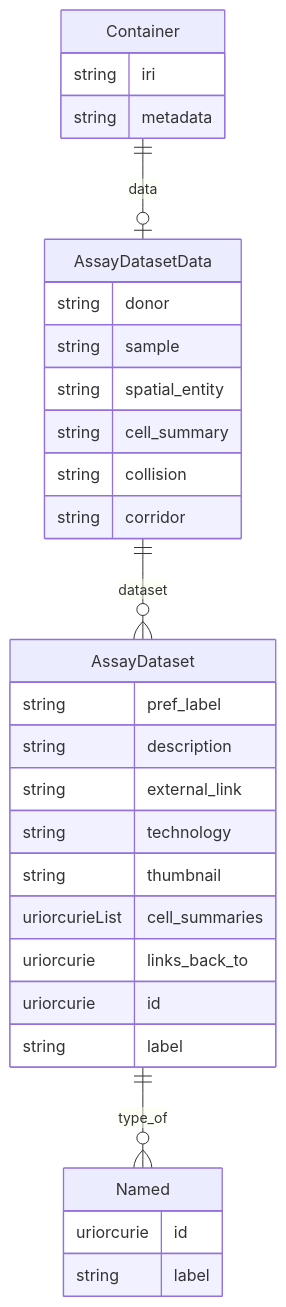
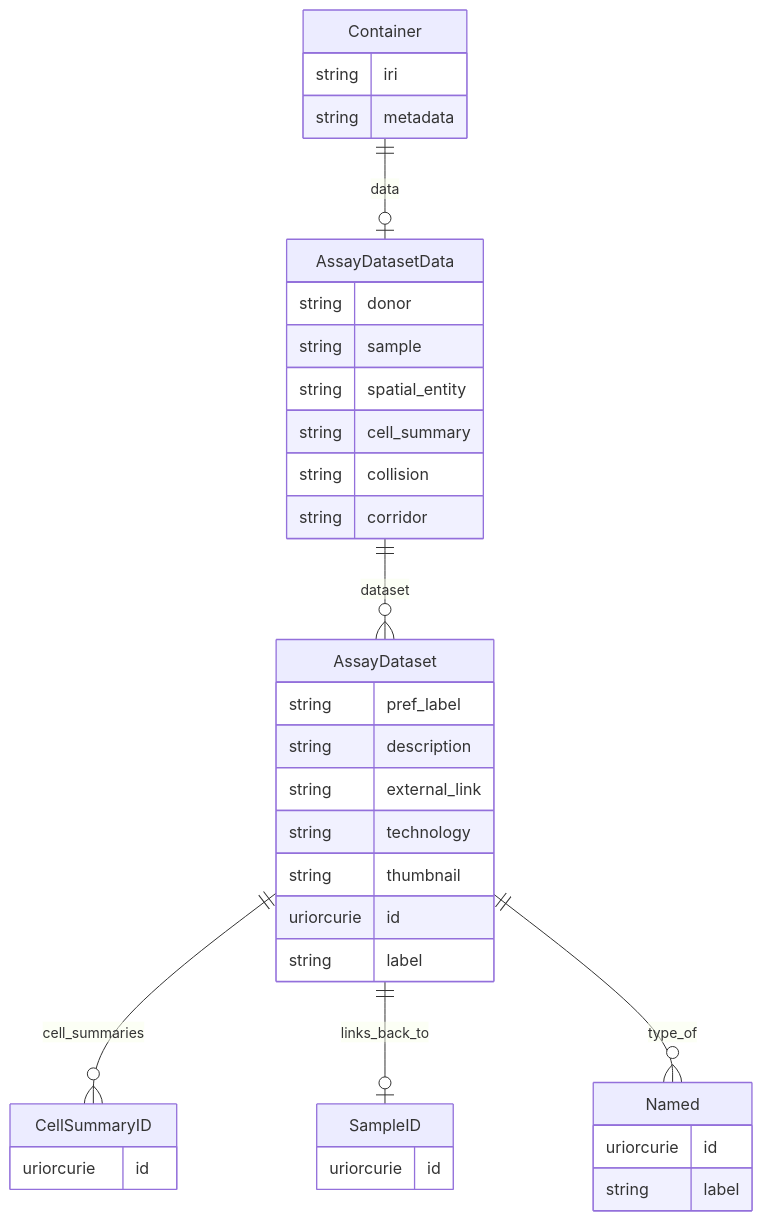
The eighth of 18 diagrams in er-diagrams.md (hubmapconsortium/hra-do-processor), drawn with Mermaid before and after one commit. The commit also changed other lines of this file and 12 other files, not shown here.

````diff
--- a/er-diagrams.md
+++ b/er-diagrams.md
@@ -395,35 +407,41 @@
 ```mermaid
 erDiagram
 Container {
     string iri  
     string metadata  
 }
 AssayDatasetData {
     string donor  
     string sample  
     string spatial_entity  
     string cell_summary  
     string collision  
     string corridor  
 }
 AssayDataset {
     string pref_label  
     string description  
     string external_link  
     string technology  
     string thumbnail  
-    uriorcurieList cell_summaries  
-    uriorcurie links_back_to  
     uriorcurie id  
     string label  
 }
 Named {
     uriorcurie id  
     string label  
 }
+SampleID {
+    uriorcurie id  
+}
+CellSummaryID {
+    uriorcurie id  
+}
 
 Container ||--|o AssayDatasetData : "data"
 AssayDatasetData ||--}o AssayDataset : "dataset"
+AssayDataset ||--}o CellSummaryID : "cell_summaries"
+AssayDataset ||--|o SampleID : "links_back_to"
 AssayDataset ||--}o Named : "type_of"
 
 ```
````
